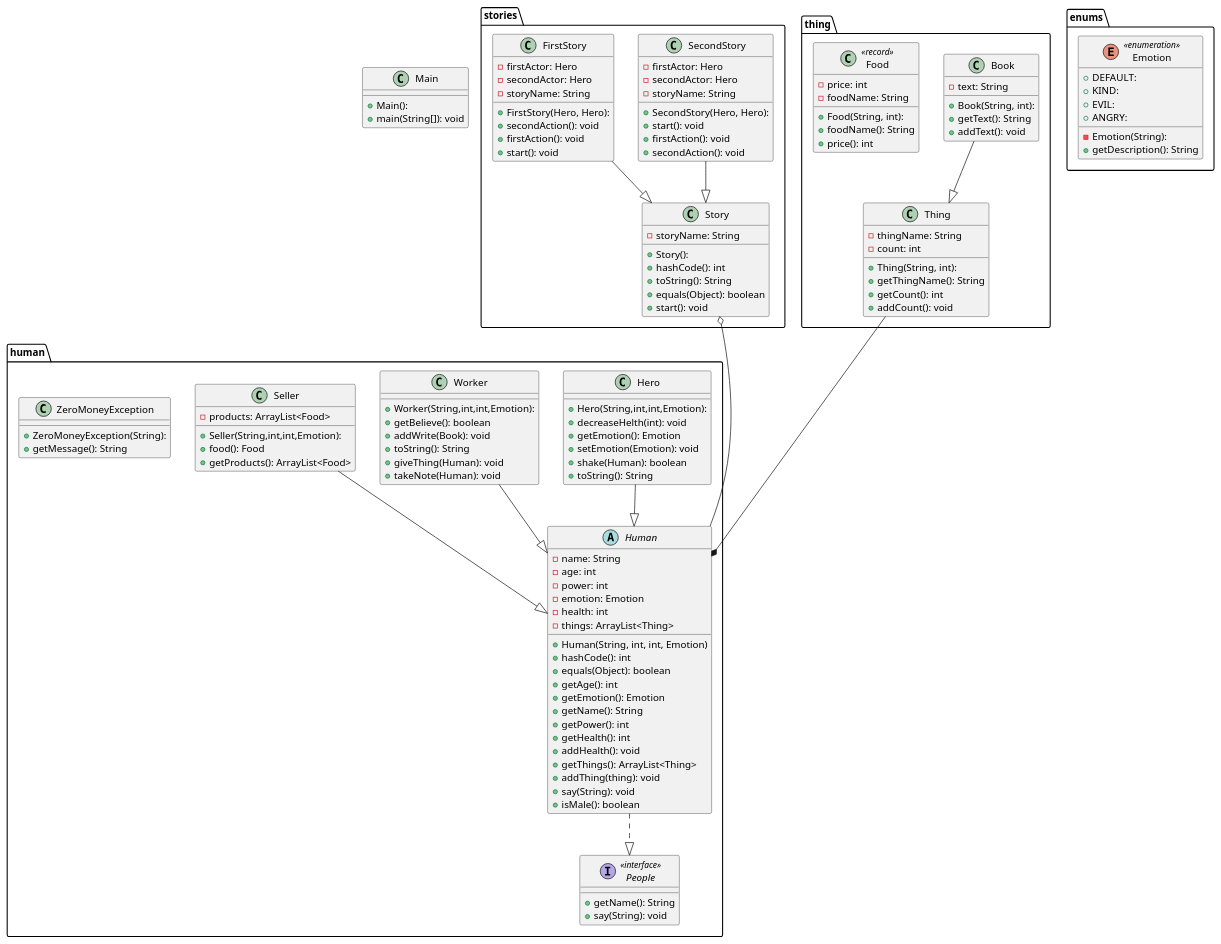
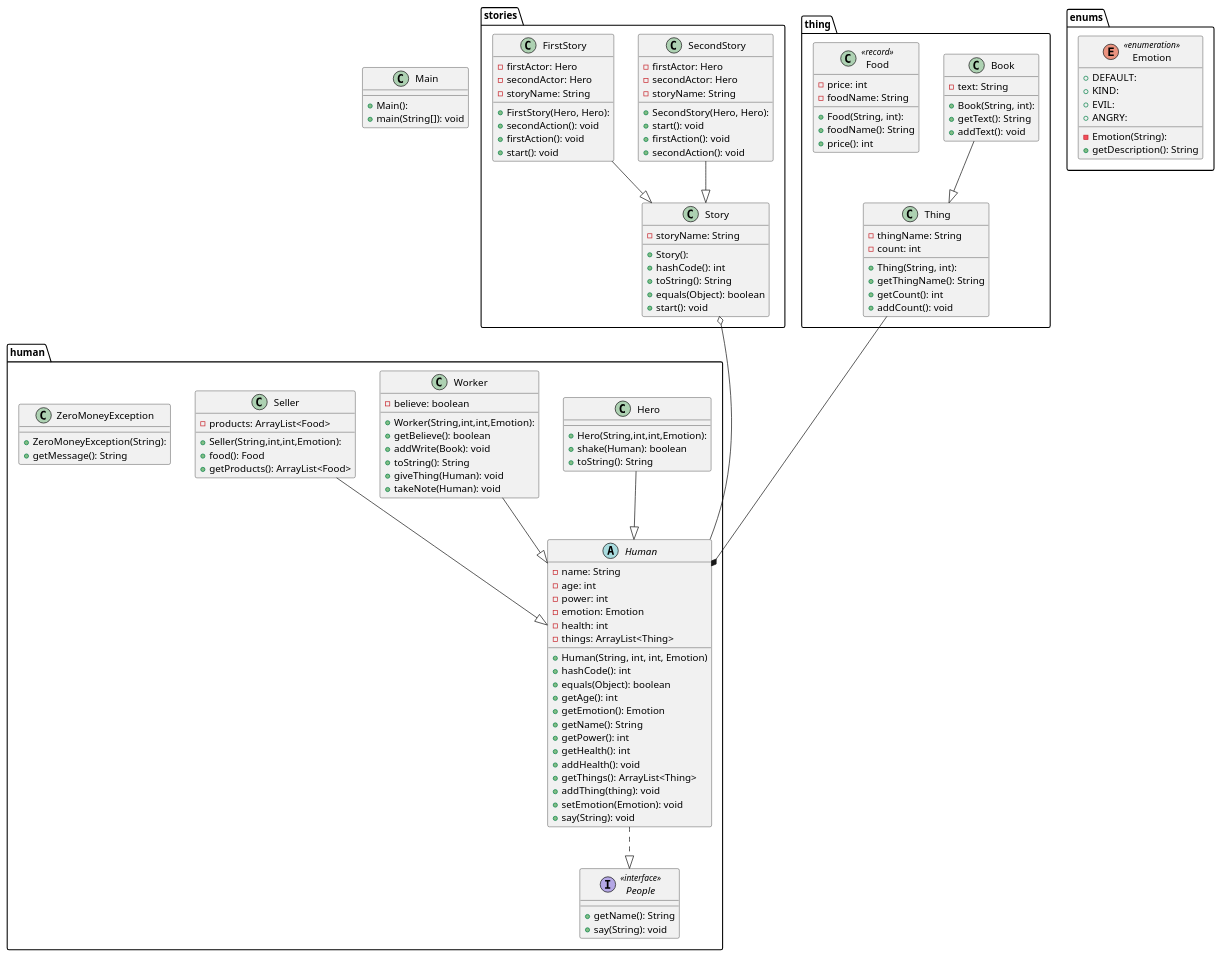
One commit to julliiua/itmo changed the diagram in proga/lab3/src/prob.puml. Above: the diagram before and after it, drawn with PlantUML. The commit also changed 7 other files, not shown here.

```diff
--- a/proga/lab3/src/prob.puml
+++ b/proga/lab3/src/prob.puml
@@ -1,136 +1,134 @@
 @startuml
 package human {
     interface People << interface >> {
       + getName(): String
       + say(String): void
     }
 
     abstract class Human{
       +Human(String, int, int, Emotion)
       - name: String
       - age: int
       - power: int
       - emotion: Emotion
       - health: int
       - things: ArrayList<Thing>
       + hashCode(): int
       + equals(Object): boolean
       + getAge(): int
       + getEmotion(): Emotion
       + getName(): String
       + getPower(): int
       + getHealth(): int
       + addHealth(): void
       + getThings(): ArrayList<Thing>
       + addThing(thing): void
+      + setEmotion(Emotion): void
       + say(String): void
-      + isMale(): boolean
     }
     class Hero{
       + Hero(String,int,int,Emotion):
-      + decreaseHelth(int): void
-      + getEmotion(): Emotion
-      + setEmotion(Emotion): void
       + shake(Human): boolean
       + toString(): String
     }
     Hero --|>  Human
     class Worker{
       + Worker(String,int,int,Emotion):
+      -believe: boolean
       + getBelieve(): boolean
       + addWrite(Book): void
       + toString(): String
       + giveThing(Human): void
       + takeNote(Human): void
     }
     class Seller{
       + Seller(String,int,int,Emotion):
       - products: ArrayList<Food>
       + food(): Food
       + getProducts(): ArrayList<Food>
 
 
     }
     Seller --|> Human
     class ZeroMoneyException {
       + ZeroMoneyException(String):
       + getMessage(): String
     }
     Worker --|>  Human
 
 }
 Human  ..|>  People
 package enums{
     enum Emotion << enumeration >> {
        - Emotion(String):
        + DEFAULT:
        + KIND:
        + EVIL:
        + ANGRY:
        + getDescription(): String
     }
 }
 package stories{
     class SecondStory {
       + SecondStory(Hero, Hero):
       - firstActor: Hero
       - secondActor: Hero
       - storyName: String
       + start(): void
       + firstAction(): void
       + secondAction(): void
     }
 
     class FirstStory {
       + FirstStory(Hero, Hero):
       - firstActor: Hero
       - secondActor: Hero
       - storyName: String
       + secondAction(): void
       + firstAction(): void
       + start(): void
     }
 
     class Story {
       + Story():
       - storyName: String
       + hashCode(): int
       + toString(): String
       + equals(Object): boolean
       + start(): void
     }
 }
 SecondStory         --|>  Story
 FirstStory          --|>  Story
 package thing{
     class Book {
        + Book(String, int):
        - text: String
        + getText(): String
        + addText(): void
     }
     class Thing{
        + Thing(String, int):
        - thingName: String
        - count: int
        + getThingName(): String
        + getCount(): int
        + addCount(): void
     }
     Book --|> Thing
     class Food << record >> {
       + Food(String, int):
       - price: int
       - foodName: String
       + foodName(): String
       + price(): int
     }
 }
 class Main {
   + Main():
   + main(String[]): void
 }
 
 Story o--- Human
 Thing ---* Human
 @enduml
```
